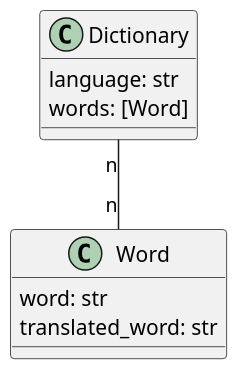
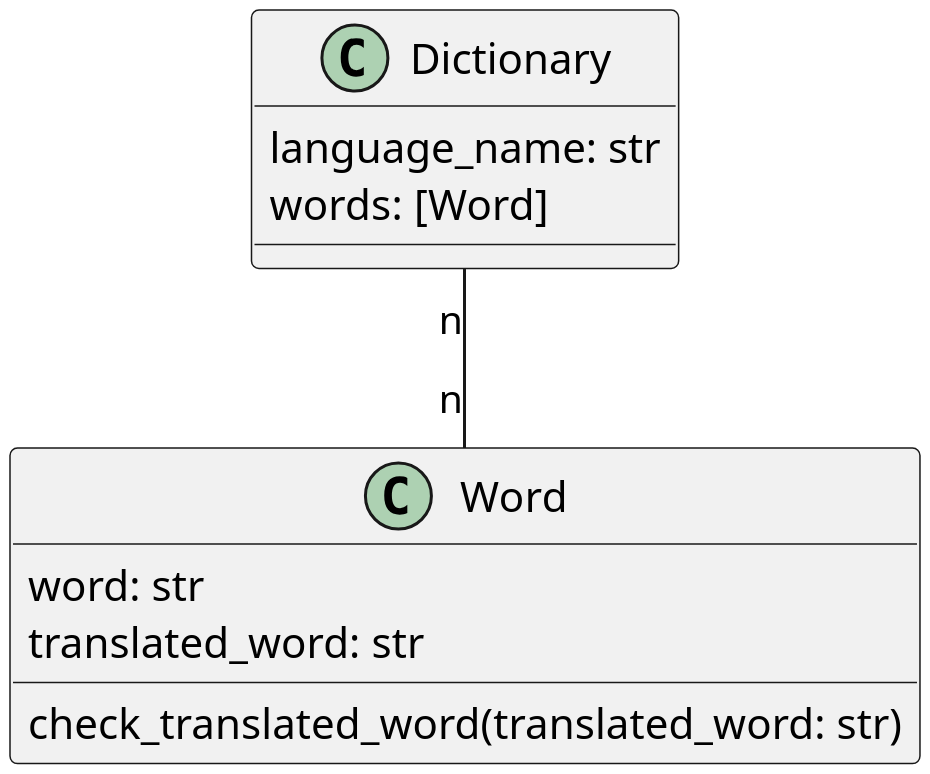
Before and after one commit to knallgelb/PHObjektorientiertPython: the second of 4 diagrams in aufgaben.md, drawn with PlantUML. The commit also changed 3 other files, not shown here.

`````diff
--- a/aufgaben.md
+++ b/aufgaben.md
@@ -34,15 +34,16 @@
 ````plantuml
 @startuml
-scale 1.5
+scale 3
 class Dictionary {
-language: str
+language_name: str
 words: [Word]
 }
 
 class Word {
 word: str
 translated_word: str
+check_translated_word(translated_word: str)
 }
 Dictionary "n" -- "n" Word
 @enduml
 ````
`````
